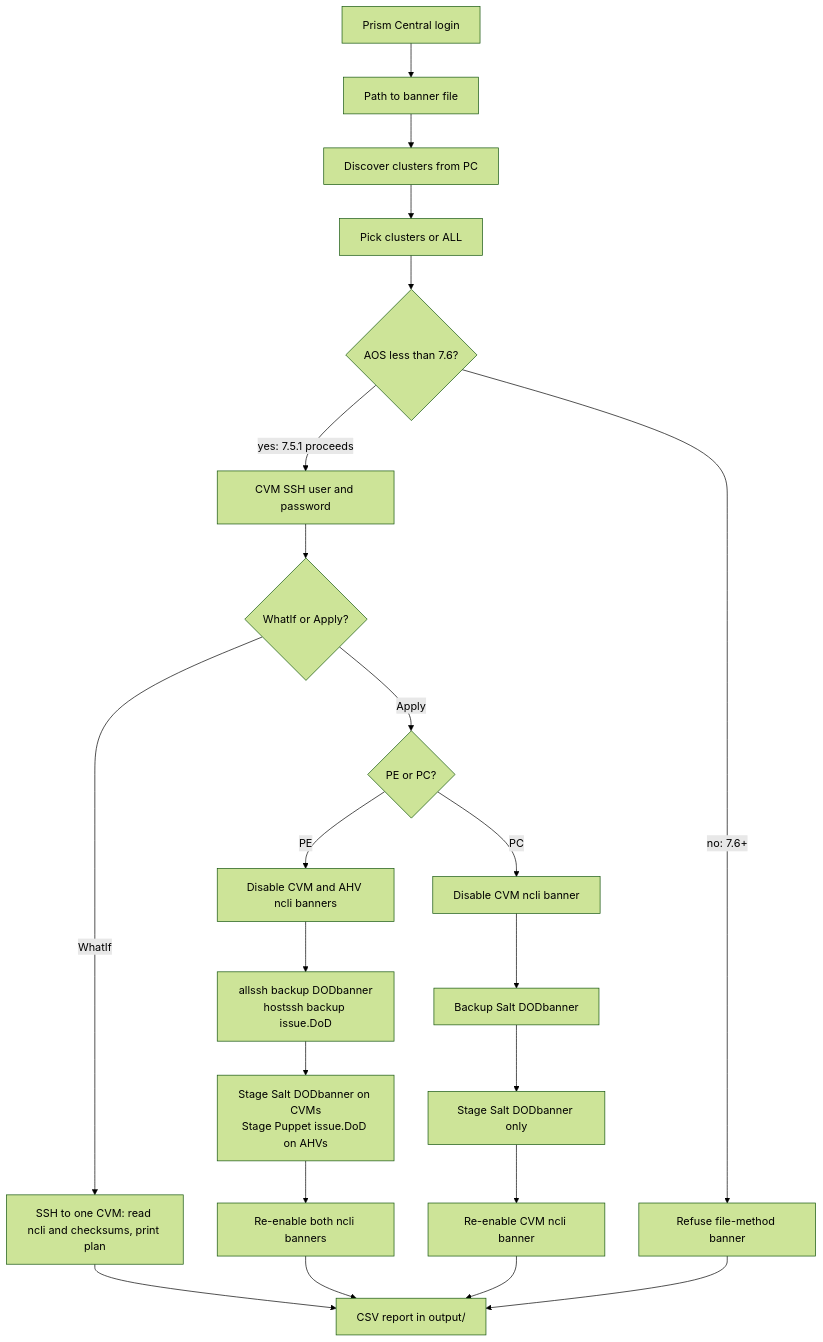
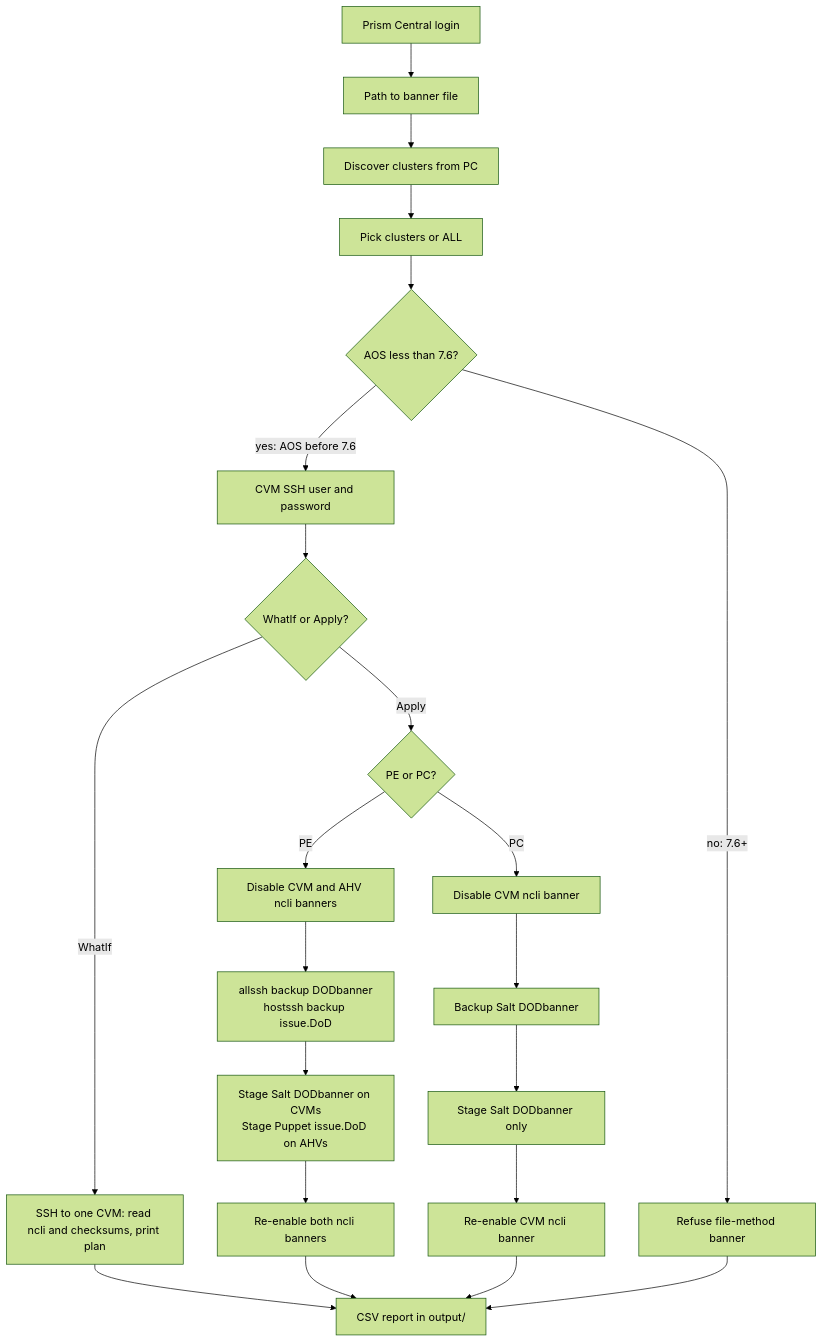
One commit to guranshdeol/nutanix-ahv-cvm-custom-banner changed the second of 2 diagrams in README.md. Above: the diagram before and after it, drawn with Mermaid (forest theme). The commit also changed other lines of this file and 4 other files, not shown here.

Commit message:
Rename the CVM apply script and fix SSH apply on single-node clusters.

````diff
--- a/README.md
+++ b/README.md
@@ -74,24 +74,24 @@
 ```mermaid
 flowchart TD
   login["Prism Central login"] --> file["Path to banner file"]
   file --> discover["Discover clusters from PC"]
   discover --> select["Pick clusters or ALL"]
   select --> gate{"AOS less than 7.6?"}
   gate -->|"no: 7.6+"| refuse["Refuse file-method banner"]
-  gate -->|"yes: 7.5.1 proceeds"| ssh["CVM SSH user and password"]
+  gate -->|"yes: AOS before 7.6"| ssh["CVM SSH user and password"]
   ssh --> mode{"WhatIf or Apply?"}
   mode -->|WhatIf| whatif["SSH to one CVM: read ncli and checksums, print plan"]
   mode -->|Apply| kind{"PE or PC?"}
   kind -->|PE| peOff["Disable CVM and AHV ncli banners"]
   peOff --> peBak["allssh backup DODbanner<br/>hostssh backup issue.DoD"]
   peBak --> peStage["Stage Salt DODbanner on CVMs<br/>Stage Puppet issue.DoD on AHVs"]
   peStage --> peOn["Re-enable both ncli banners"]
   kind -->|PC| pcOff["Disable CVM ncli banner"]
   pcOff --> pcBak["Backup Salt DODbanner"]
   pcBak --> pcStage["Stage Salt DODbanner only"]
   pcStage --> pcOn["Re-enable CVM ncli banner"]
   whatif --> report["CSV report in output/"]
   peOn --> report
   pcOn --> report
   refuse --> report
 ```
````
